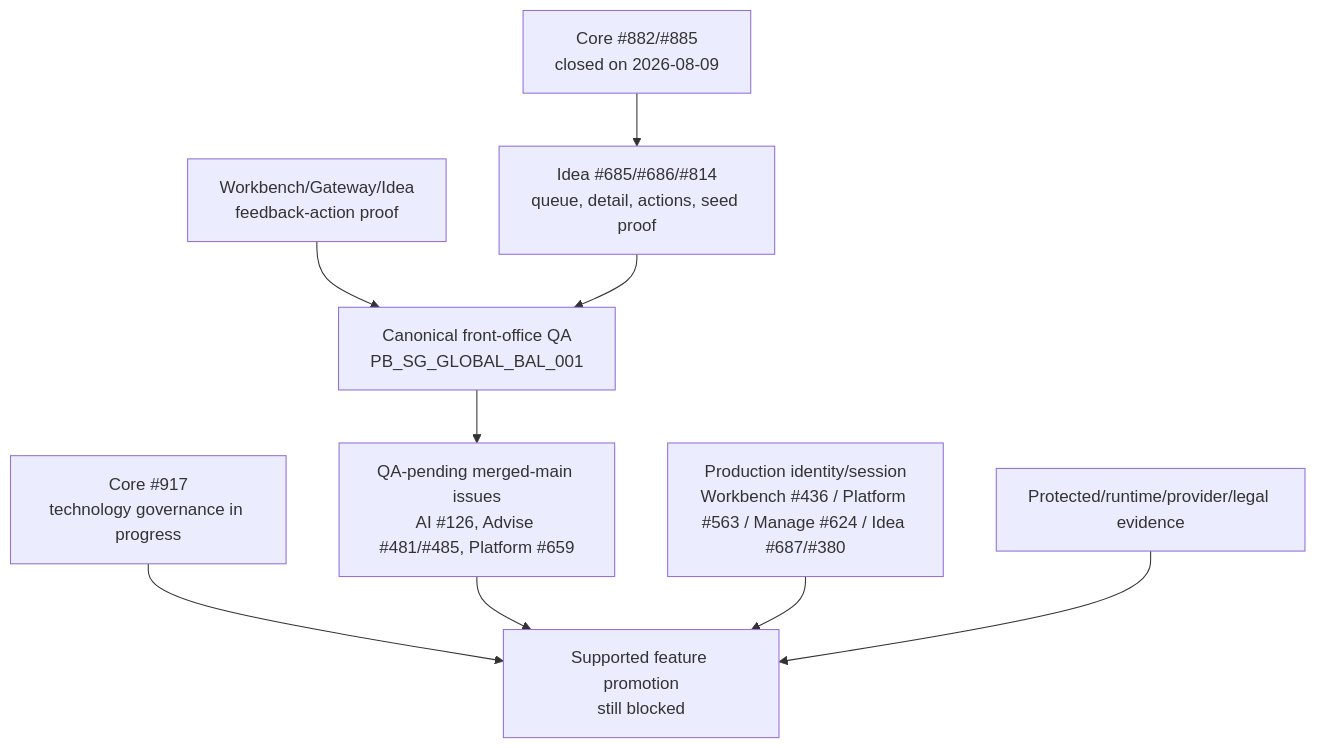
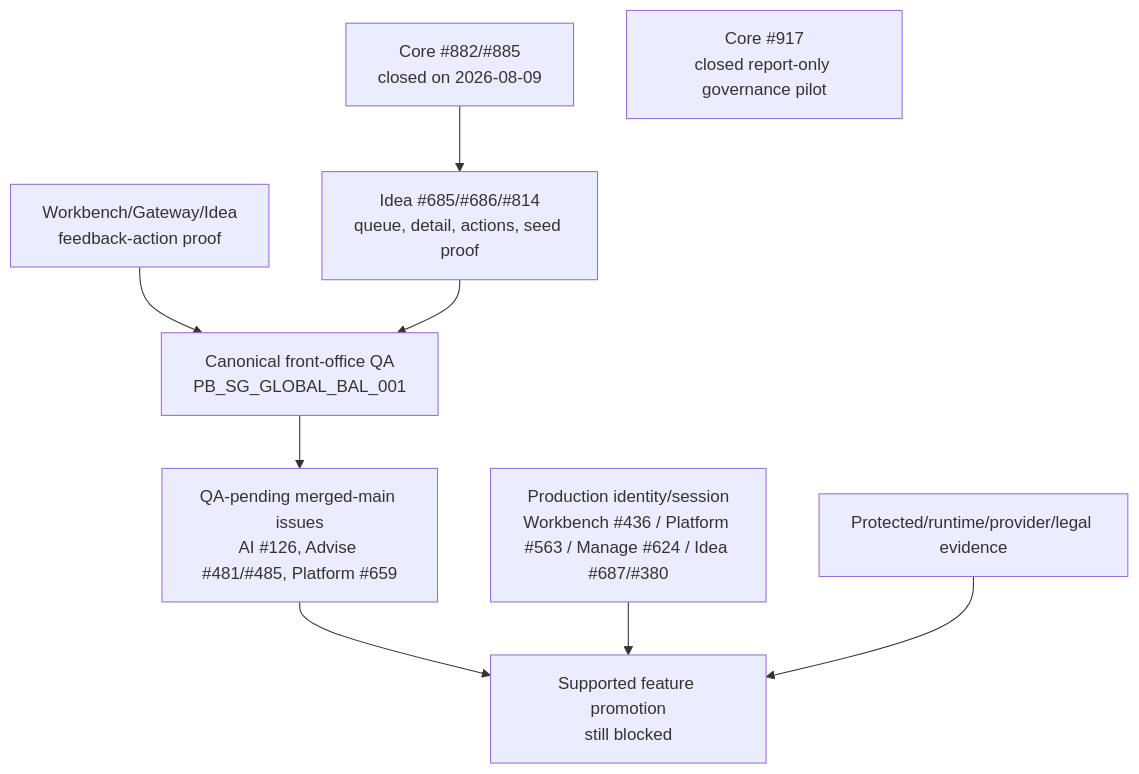
One commit to sgajbi/lotus-idea changed the second of 2 diagrams in wiki/RFC-0002-Execution-Status.md. Above: the diagram before and after it, drawn with Mermaid. The commit also changed other lines of this file and 10 other files, not shown here.

````diff
--- a/wiki/RFC-0002-Execution-Status.md
+++ b/wiki/RFC-0002-Execution-Status.md
@@ -81,21 +82,20 @@
 ```mermaid
 flowchart TD
     CoreClosed["Core #882/#885<br/>closed on 2026-08-09"]
     Feedback["Workbench/Gateway/Idea<br/>feedback-action proof"]
     CanonicalQA["Canonical front-office QA<br/>PB_SG_GLOBAL_BAL_001"]
     IdeaProof["Idea #685/#686/#814<br/>queue, detail, actions, seed proof"]
-    Core917["Core #917<br/>technology governance in progress"]
+    Core917["Core #917<br/>closed report-only governance pilot"]
     QAPending["QA-pending merged-main issues<br/>AI #126, Advise #481/#485, Platform #659"]
     Support["Supported feature promotion<br/>still blocked"]
     Identity["Production identity/session<br/>Workbench #436 / Platform #563 / Manage #624 / Idea #687/#380"]
     Protected["Protected/runtime/provider/legal evidence"]
 
     CoreClosed --> IdeaProof
     Feedback --> CanonicalQA
     IdeaProof --> CanonicalQA
-    Core917 --> Support
     CanonicalQA --> QAPending
     QAPending --> Support
     Identity --> Support
     Protected --> Support
 ```
````
